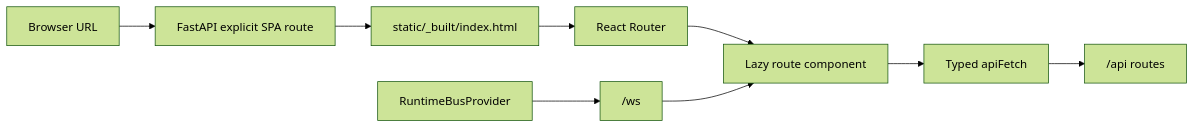
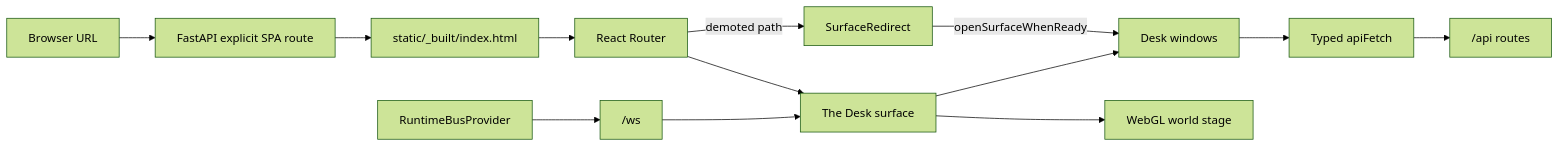
The diagram in docs/internal/ARCHITECTURE_WEB_FRONTEND.md (karolswdev/HoldSpeak), drawn with Mermaid (forest theme) before and after one commit. The commit also changed other lines of this file and 18 other files, not shown here.

````diff
--- a/docs/internal/ARCHITECTURE_WEB_FRONTEND.md
+++ b/docs/internal/ARCHITECTURE_WEB_FRONTEND.md
@@ -11,11 +15,15 @@
 ```mermaid
 flowchart LR
   Browser[Browser URL] --> FastAPI[FastAPI explicit SPA route]
   FastAPI --> Shell[static/_built/index.html]
   Shell --> Router[React Router]
-  Router --> Route[Lazy route component]
-  Route --> API[Typed apiFetch]
+  Router --> Desk[The Desk surface]
+  Router -- demoted path --> Redirect[SurfaceRedirect]
+  Redirect -- openSurfaceWhenReady --> Windows[Desk windows]
+  Desk --> GL[WebGL world stage]
+  Desk --> Windows
+  Windows --> API[Typed apiFetch]
   API --> Backend["/api routes"]
   Runtime[RuntimeBusProvider] --> WS["/ws"]
-  WS --> Route
+  WS --> Desk
 ```
````
